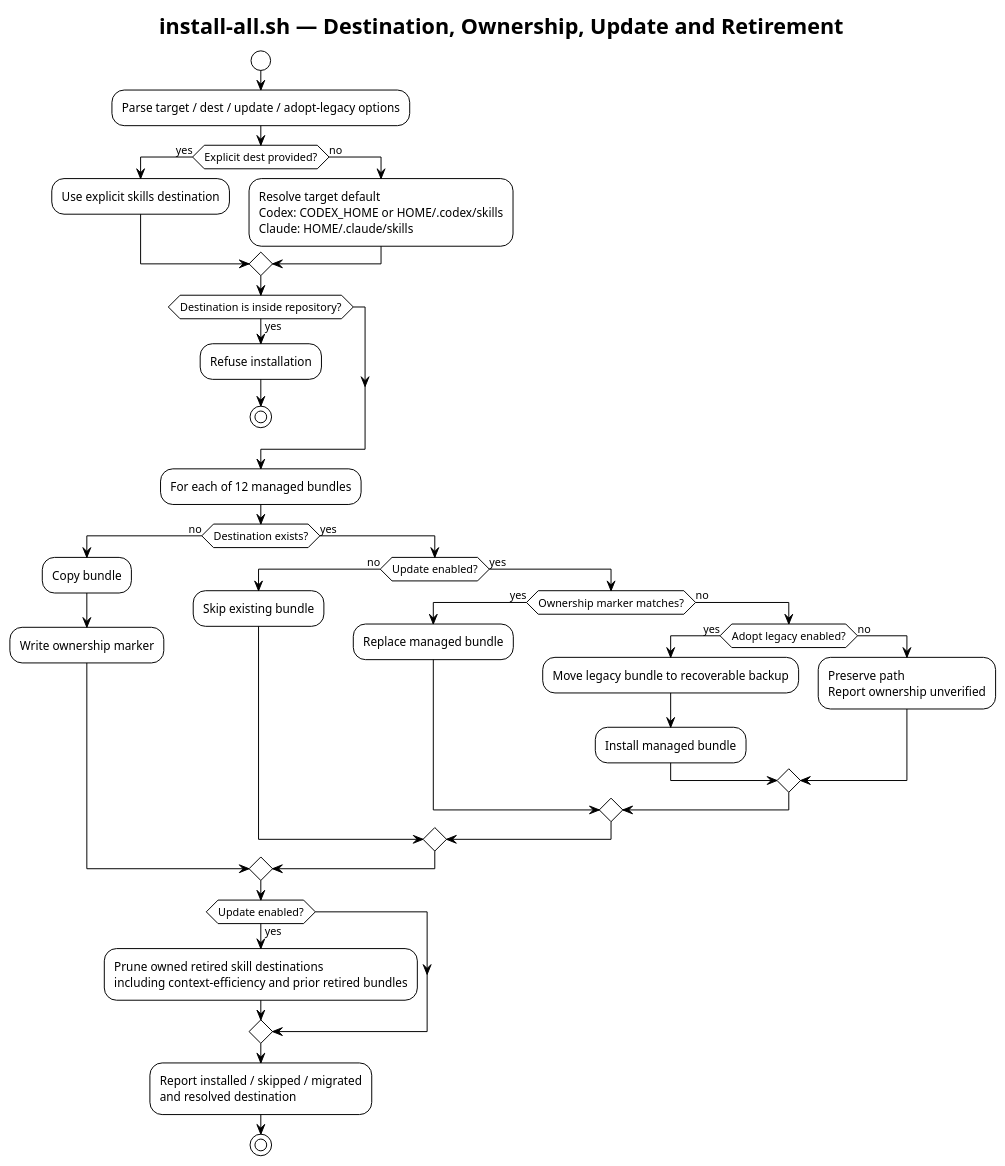
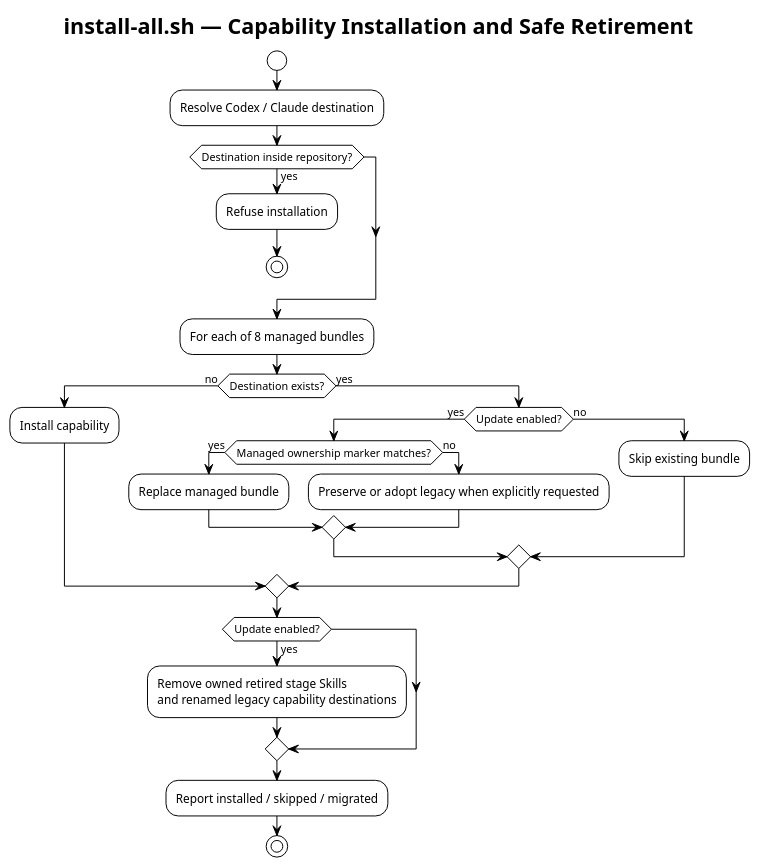
One commit to i-zrhe2016/codex-development-workflow changed the diagram in docs/deployment/diagrams/installer-decision-flow.puml. Above: the diagram before and after it, drawn with PlantUML. The commit also changed 48 other files, not shown here.

```diff
--- a/docs/deployment/diagrams/installer-decision-flow.puml
+++ b/docs/deployment/diagrams/installer-decision-flow.puml
@@ -1,50 +1,31 @@
 @startuml
 !theme plain
 skinparam shadowing false
 skinparam defaultFontName Arial
-
-title install-all.sh — Destination, Ownership, Update and Retirement
-
+title install-all.sh — Capability Installation and Safe Retirement
 start
-:Parse target / dest / update / adopt-legacy options;
-
-if (Explicit dest provided?) then (yes)
-  :Use explicit skills destination;
-else (no)
-  :Resolve target default\nCodex: CODEX_HOME or HOME/.codex/skills\nClaude: HOME/.claude/skills;
-endif
-
-if (Destination is inside repository?) then (yes)
+:Resolve Codex / Claude destination;
+if (Destination inside repository?) then (yes)
   :Refuse installation;
   stop
 endif
-
-:For each of 12 managed bundles;
-
+:For each of 8 managed bundles;
 if (Destination exists?) then (no)
-  :Copy bundle;
-  :Write ownership marker;
+  :Install capability;
 else (yes)
-  if (Update enabled?) then (no)
-    :Skip existing bundle;
-  else (yes)
-    if (Ownership marker matches?) then (yes)
+  if (Update enabled?) then (yes)
+    if (Managed ownership marker matches?) then (yes)
       :Replace managed bundle;
     else (no)
-      if (Adopt legacy enabled?) then (yes)
-        :Move legacy bundle to recoverable backup;
-        :Install managed bundle;
-      else (no)
-        :Preserve path\nReport ownership unverified;
-      endif
+      :Preserve or adopt legacy when explicitly requested;
     endif
+  else (no)
+    :Skip existing bundle;
   endif
 endif
-
 if (Update enabled?) then (yes)
-  :Prune owned retired skill destinations\nincluding context-efficiency and prior retired bundles;
+  :Remove owned retired stage Skills\nand renamed legacy capability destinations;
 endif
-
-:Report installed / skipped / migrated\nand resolved destination;
+:Report installed / skipped / migrated;
 stop
 @enduml
```
